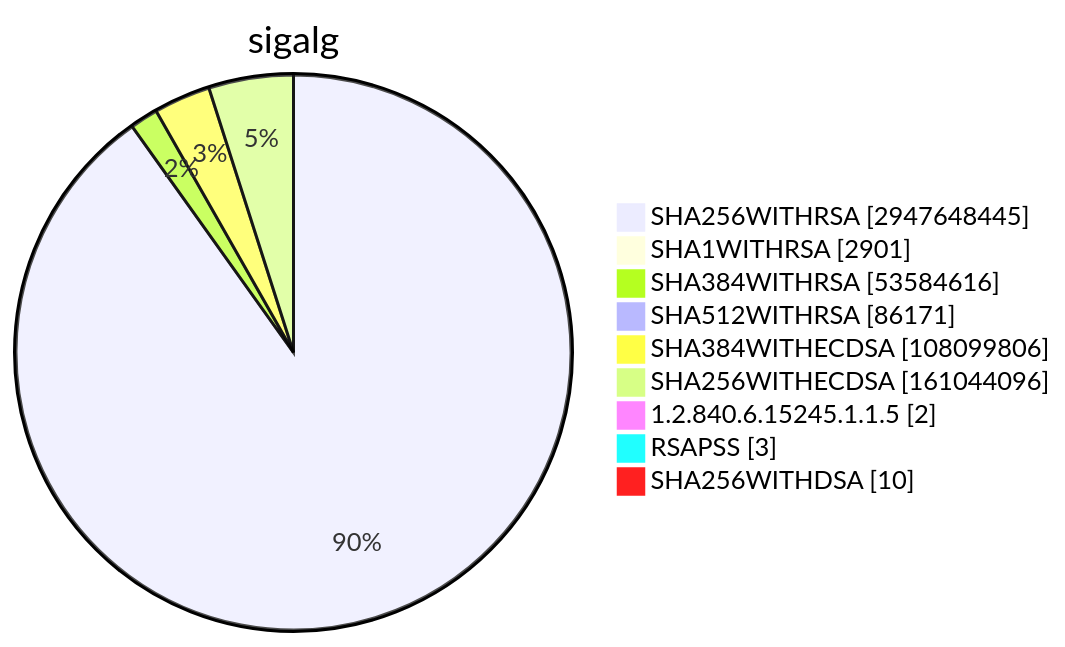
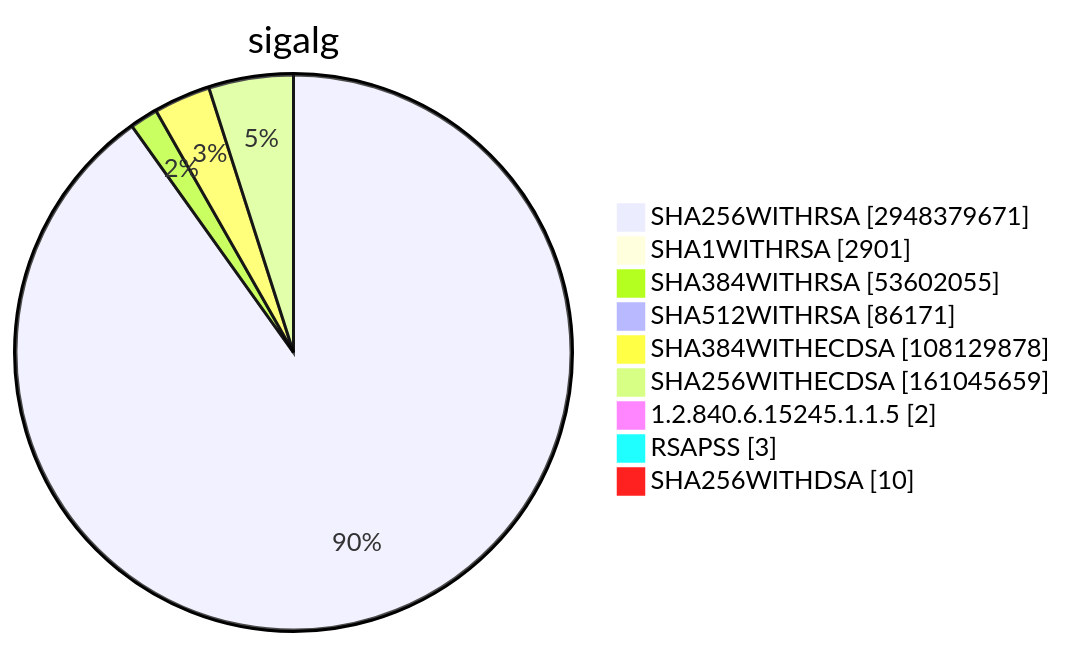
Diagram 15 of 15 in TOTAL/README.md (christiankrug/ctmonitor_visualization), drawn with Mermaid before and after one commit. The commit also changed other lines of this file, not shown here.

````diff
--- a/TOTAL/README.md
+++ b/TOTAL/README.md
@@ -6207,13 +6207,13 @@
 ```mermaid
 pie showData
 title sigalg
-"SHA256WITHRSA" :2947648445
+"SHA256WITHRSA" :2948379671
 "SHA1WITHRSA" :2901
-"SHA384WITHRSA" :53584616
+"SHA384WITHRSA" :53602055
 "SHA512WITHRSA" :86171
-"SHA384WITHECDSA" :108099806
-"SHA256WITHECDSA" :161044096
+"SHA384WITHECDSA" :108129878
+"SHA256WITHECDSA" :161045659
 "1.2.840.6.15245.1.1.5" :2
 "RSAPSS" :3
 "SHA256WITHDSA" :10
 ```
````
